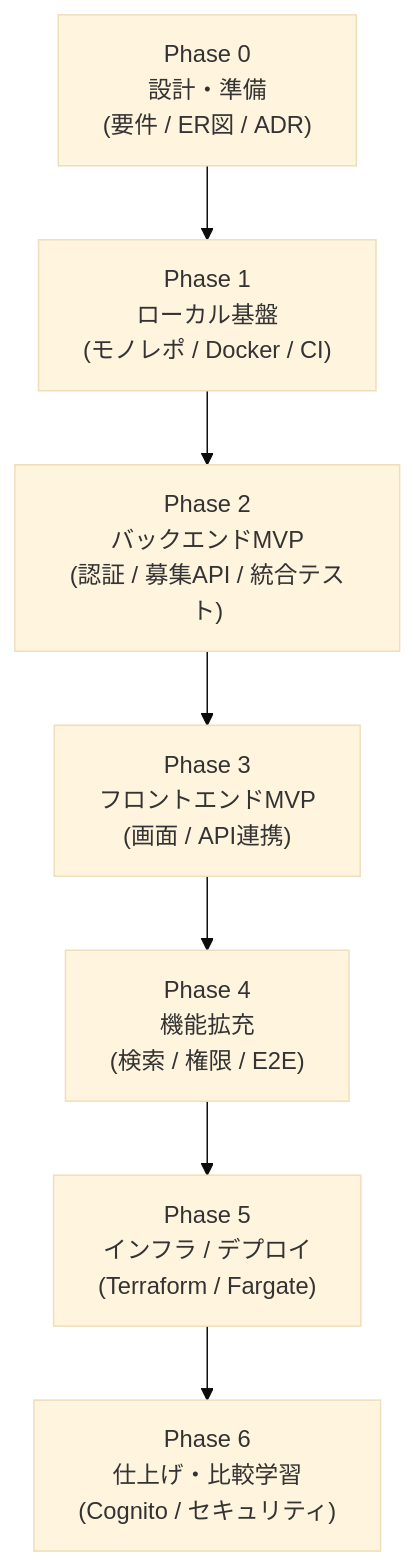
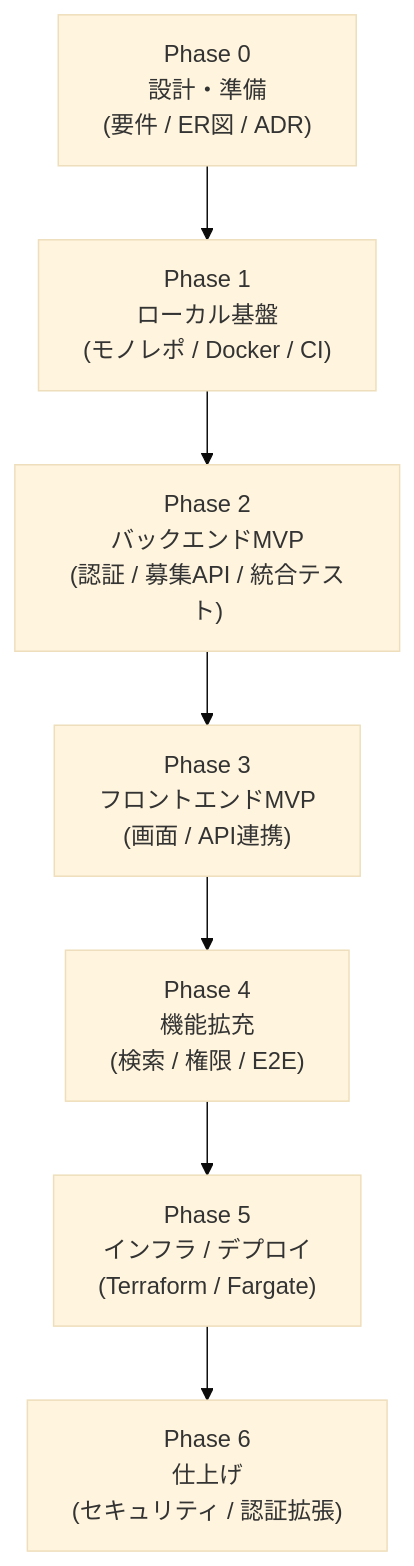
One commit to inoue-takaaki/devlog changed the third of 3 diagrams in src/content/blog/ff14-party-finder-kickoff.md. Above: the diagram before and after it, drawn with Mermaid (base theme). The commit also changed other lines of this file and 7 other files, not shown here.

````diff
--- a/src/content/blog/ff14-party-finder-kickoff.md
+++ b/src/content/blog/ff14-party-finder-kickoff.md
@@ -132,9 +126,9 @@
 ```mermaid
 flowchart TD
   P0["Phase 0<br/>設計・準備<br/>(要件 / ER図 / ADR)"] --> P1["Phase 1<br/>ローカル基盤<br/>(モノレポ / Docker / CI)"]
   P1 --> P2["Phase 2<br/>バックエンドMVP<br/>(認証 / 募集API / 統合テスト)"]
   P2 --> P3["Phase 3<br/>フロントエンドMVP<br/>(画面 / API連携)"]
   P3 --> P4["Phase 4<br/>機能拡充<br/>(検索 / 権限 / E2E)"]
   P4 --> P5["Phase 5<br/>インフラ / デプロイ<br/>(Terraform / Fargate)"]
-  P5 --> P6["Phase 6<br/>仕上げ・比較学習<br/>(Cognito / セキュリティ)"]
+  P5 --> P6["Phase 6<br/>仕上げ<br/>(セキュリティ / 認証拡張)"]
 ```
````
